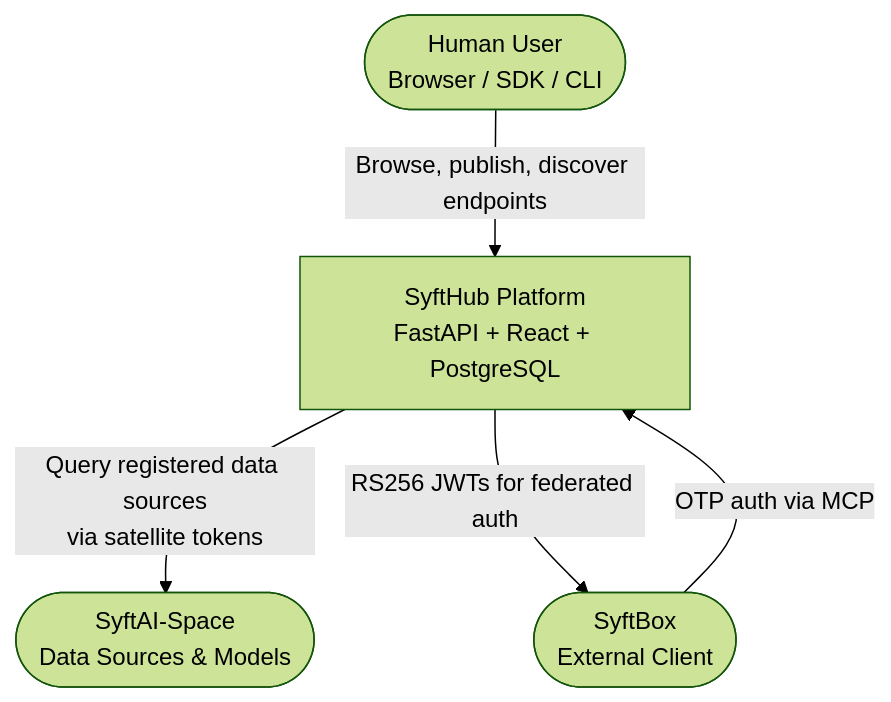
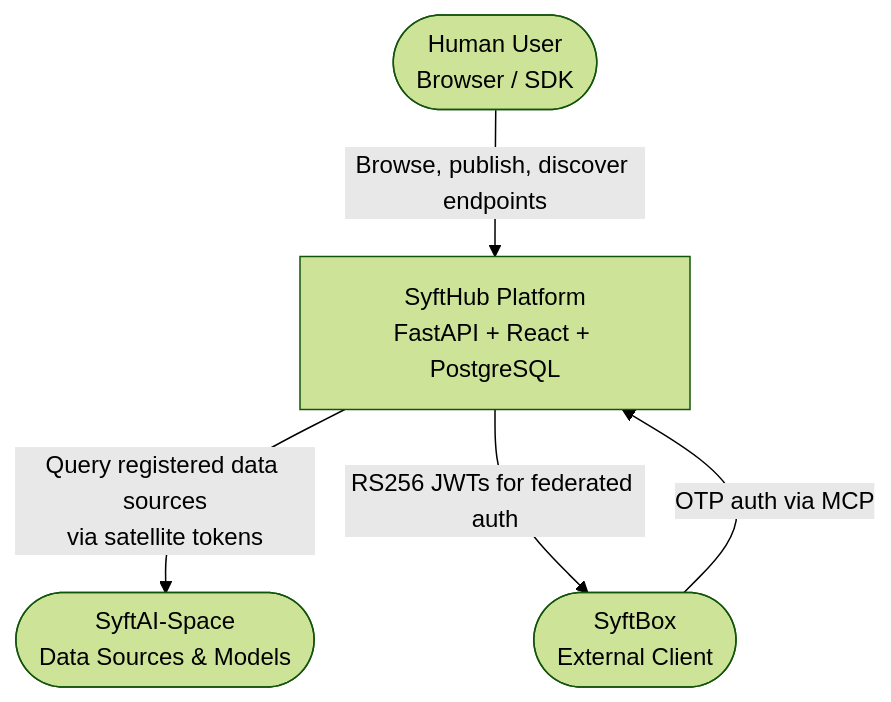
The first of 6 diagrams in docs/architecture/overview.md (OpenMined/syfthub), drawn with Mermaid (forest theme) before and after one commit. The commit also changed other lines of this file and 276 other files, not shown here.

````diff
--- a/docs/architecture/overview.md
+++ b/docs/architecture/overview.md
@@ -27,13 +27,13 @@
 ```mermaid
 graph TB
-    User([Human User<br/>Browser / SDK / CLI])
+    User([Human User<br/>Browser / SDK])
     SyftBox([SyftBox<br/>External Client])
     SyftAISpace([SyftAI-Space<br/>Data Sources & Models])
 
     SyftHub[SyftHub Platform<br/>FastAPI + React + PostgreSQL]
 
     User -->|Browse, publish, discover endpoints| SyftHub
     SyftBox -->|OTP auth via MCP| SyftHub
     SyftHub -->|Query registered data sources<br/>via satellite tokens| SyftAISpace
     SyftHub -->|RS256 JWTs for federated auth| SyftBox
 ```
````
